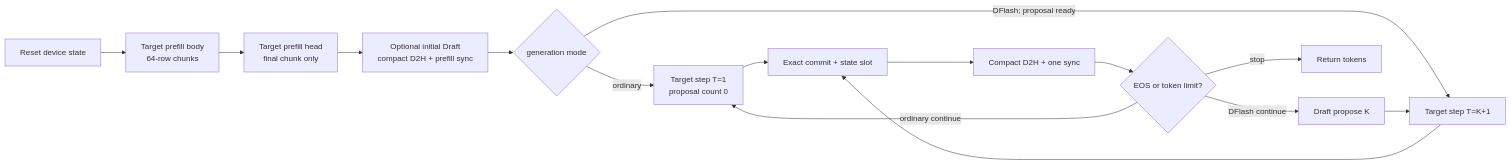
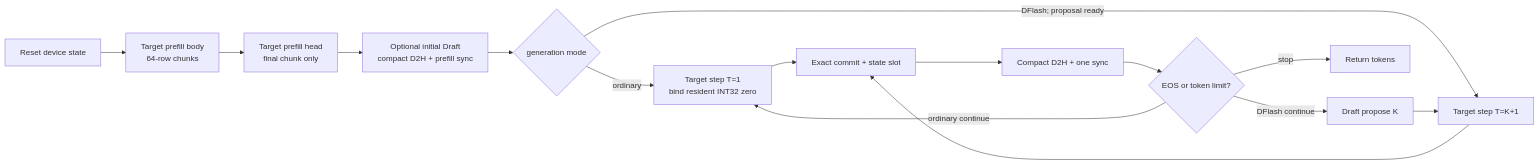
The diagram in docs/INCREMENTAL_OM_PERFORMANCE.md (day8reak/qwen3.5-4B-dflash), drawn with Mermaid before and after one commit. The commit also changed other lines of this file and 11 other files, not shown here.

Commit message:
perf: bind unified T1 to resident zero count

````diff
--- a/docs/INCREMENTAL_OM_PERFORMANCE.md
+++ b/docs/INCREMENTAL_OM_PERFORMANCE.md
@@ -50,17 +50,17 @@
 ```mermaid
 flowchart LR
   R[Reset device state] --> P[Target prefill body<br/>64-row chunks]
   P --> H[Target prefill head<br/>final chunk only]
   H --> I[Optional initial Draft<br/>compact D2H + prefill sync]
   I --> M{generation mode}
-  M -->|ordinary| T1[Target step T=1<br/>proposal count 0]
+  M -->|ordinary| T1[Target step T=1<br/>bind resident INT32 zero]
   M -->|DFlash; proposal ready| TK[Target step T=K+1]
   D[Draft propose K] --> TK
   T1 --> C[Exact commit + state slot]
   TK --> C
   C --> O[Compact D2H + one sync]
   O --> E{EOS or token limit?}
   E -->|ordinary continue| T1
   E -->|DFlash continue| D
   E -->|stop| X[Return tokens]
 ```
````
